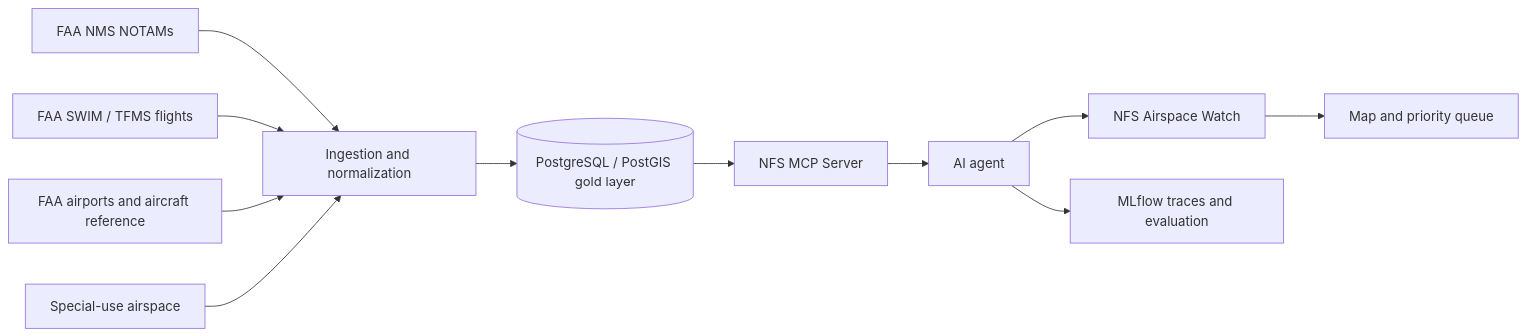
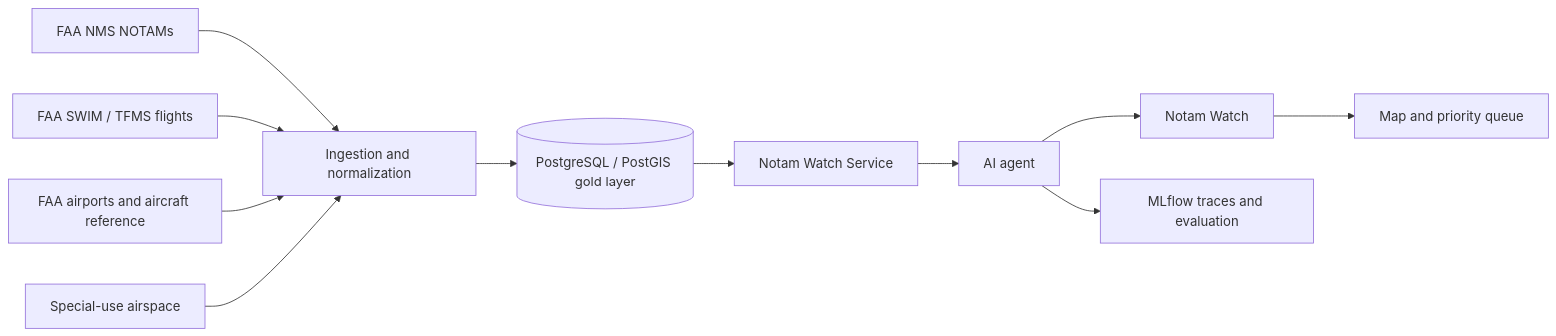
The diagram in README.md (gsa-mcp-hackathon/notam-watch-mcp), drawn with Mermaid before and after one commit. The commit also changed other lines of this file and 1 other file, not shown here.

````diff
--- a/README.md
+++ b/README.md
@@ -178,13 +178,13 @@
 ```mermaid
 flowchart LR
     NMS[FAA NMS NOTAMs] --> PIPE[Ingestion and normalization]
     SWIM[FAA SWIM / TFMS flights] --> PIPE
     NASR[FAA airports and aircraft reference] --> PIPE
     SUA[Special-use airspace] --> PIPE
     PIPE --> GOLD[(PostgreSQL / PostGIS gold layer)]
-    GOLD --> MCP[NFS MCP Server]
+    GOLD --> MCP[Notam Watch Service]
     MCP --> AGENT[AI agent]
-    AGENT --> UI[NFS Airspace Watch]
+    AGENT --> UI[Notam Watch]
     UI --> MAP[Map and priority queue]
     AGENT --> MLFLOW[MLflow traces and evaluation]
 ```
````
